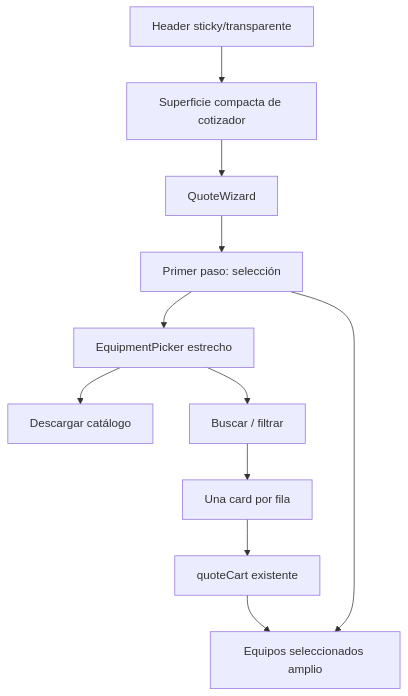
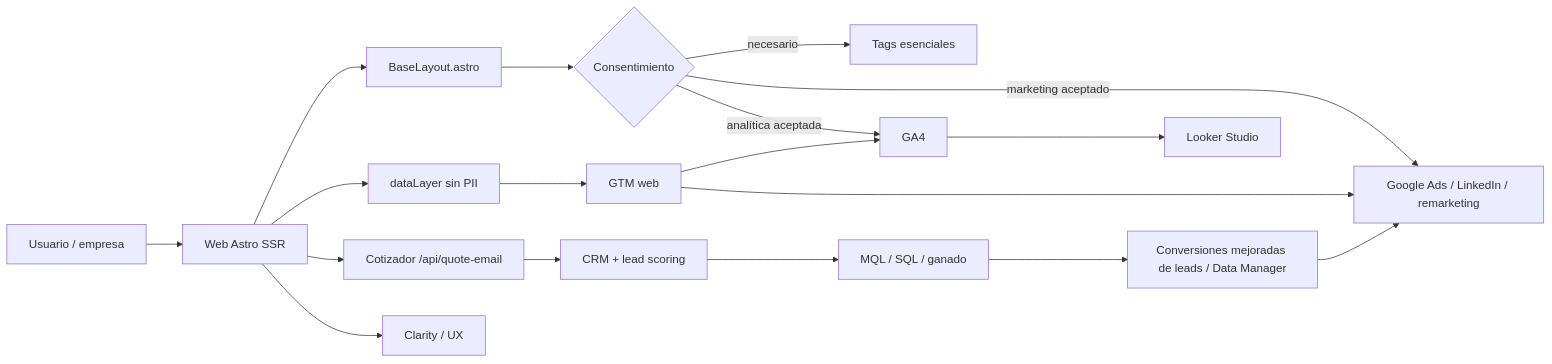
Before and after one commit to Saltico/astro-wordpress-headless: the diagram in plans/project-overview.md, drawn with Mermaid. The commit also changed other lines of this file and 15 other files, not shown here.

````diff
--- a/plans/project-overview.md
+++ b/plans/project-overview.md
@@ -54,13 +72,20 @@
 ```mermaid
-flowchart TD
-    Header[Header sticky/transparente] --> Surface[Superficie compacta de cotizador]
-    Surface --> Wizard[QuoteWizard]
-    Wizard --> Step1[Primer paso: selección]
-    Step1 --> Picker[EquipmentPicker estrecho]
-    Picker --> CatalogCTA[Descargar catálogo]
-    Step1 --> Selection[Equipos seleccionados amplio]
-    Picker --> Search[Buscar / filtrar]
-    Search --> Results[Una card por fila]
-    Results --> Cart[quoteCart existente]
-    Cart --> Selection
+flowchart LR
+  U[Usuario / empresa] --> W[Web Astro SSR]
+  W --> L[BaseLayout.astro]
+  L --> C{Consentimiento}
+  C -->|necesario| N[Tags esenciales]
+  C -->|analítica aceptada| A[GA4]
+  C -->|marketing aceptado| M[Google Ads / LinkedIn / remarketing]
+  W --> D[dataLayer sin PII]
+  D --> G[GTM web]
+  G --> A
+  G --> M
+  W --> Q[Cotizador /api/quote-email]
+  Q --> R[CRM + lead scoring]
+  R --> S[MQL / SQL / ganado]
+  S --> O[Conversiones mejoradas de leads / Data Manager]
+  O --> M
+  A --> B[Looker Studio]
+  W --> H[Clarity / UX]
 ```
````
